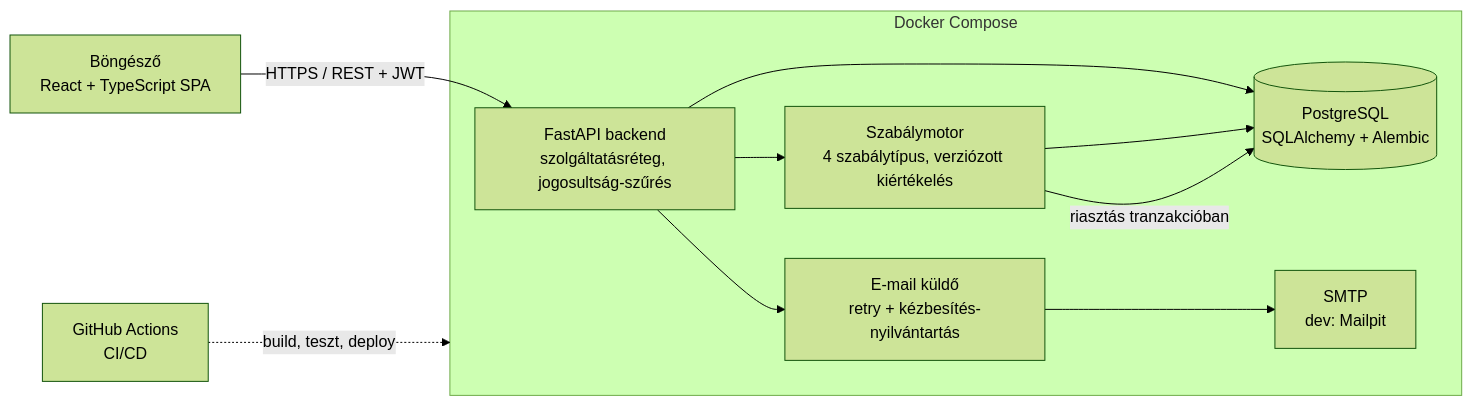
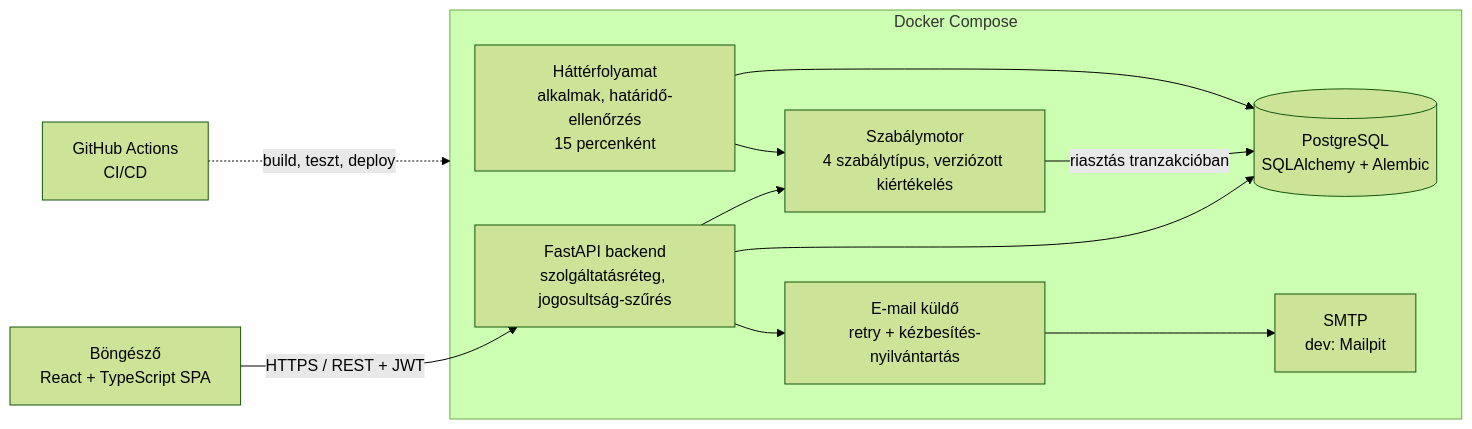
The fourth of 4 diagrams in docs/M1/06_folyamatabrak.md (szombatikoni/pulse), drawn with Mermaid (forest theme) before and after one commit. The commit also changed other lines of this file and 29 other files, not shown here.

````diff
--- a/docs/M1/06_folyamatabrak.md
+++ b/docs/M1/06_folyamatabrak.md
@@ -44,18 +66,20 @@
 ```mermaid
 flowchart LR
     B[Böngésző<br/>React + TypeScript SPA] -->|HTTPS / REST + JWT| A[FastAPI backend<br/>szolgáltatásréteg, jogosultság-szűrés]
     A --> R[Szabálymotor<br/>4 szabálytípus, verziózott kiértékelés]
     A --> DB[(PostgreSQL<br/>SQLAlchemy + Alembic)]
-    R --> DB
     R -->|riasztás tranzakcióban| DB
+    W[Háttérfolyamat<br/>alkalmak, határidő-ellenőrzés<br/>15 percenként] --> R
+    W --> DB
     A --> Q[E-mail küldő<br/>retry + kézbesítés-nyilvántartás]
     Q --> M[SMTP<br/>dev: Mailpit]
     subgraph DC[Docker Compose]
         A
         R
+        W
         DB
         Q
         M
     end
     CI[GitHub Actions<br/>CI/CD] -.->|build, teszt, deploy| DC
 ```
````
